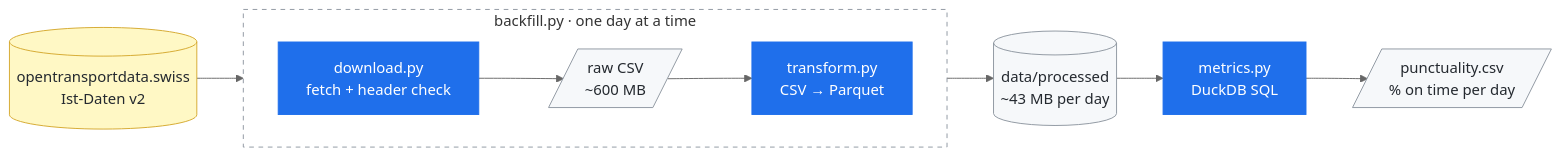
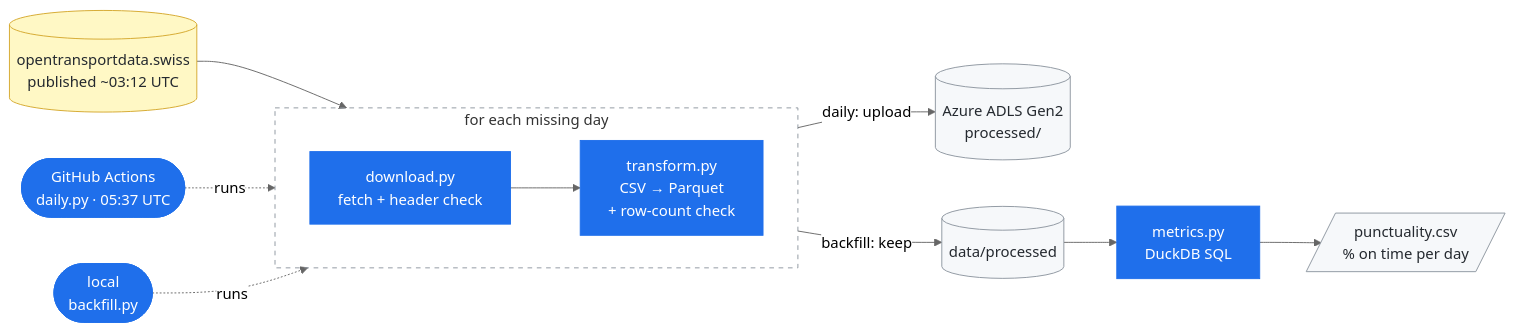
One commit to yutiime/swiss-rail-punctuality changed the diagram in README.md. Above: the diagram before and after it, drawn with Mermaid (neutral theme). The commit also changed other lines of this file, not shown here.

Commit message:
docs: describe the daily collection in the README

````diff
--- a/README.md
+++ b/README.md
@@ -40,27 +44,33 @@
 ```mermaid
 flowchart LR
-    src[("opentransportdata.swiss<br/>Ist-Daten v2")]
+    src[("opentransportdata.swiss<br/>published ~03:12 UTC")]
 
-    subgraph bf["backfill.py · one day at a time"]
+    subgraph day["for each missing day"]
         direction LR
         dl["download.py<br/>fetch + header check"]
-        raw[/"raw CSV<br/>~600 MB"/]
-        tr["transform.py<br/>CSV → Parquet"]
-        dl --> raw --> tr
+        tr["transform.py<br/>CSV → Parquet<br/>+ row-count check"]
+        dl --> tr
     end
 
-    pq[("data/processed<br/>~43 MB per day")]
+    gh(["GitHub Actions<br/>daily.py · 05:37 UTC"])
+    me(["local<br/>backfill.py"])
+    az[("Azure ADLS Gen2<br/>processed/")]
+    pq[("data/processed")]
     m["metrics.py<br/>DuckDB SQL"]
     out[/"punctuality.csv<br/>% on time per day"/]
 
     src --> dl
-    tr --> pq --> m --> out
+    gh -. runs .-> day
+    me -. runs .-> day
+    tr -- "daily: upload" --> az
+    tr -- "backfill: keep" --> pq
+    pq --> m --> out
 
     classDef script fill:#1f6feb,stroke:#1f6feb,color:#ffffff
     classDef data fill:#f6f8fa,stroke:#8c959f,color:#24292f
     classDef ext fill:#fff8c5,stroke:#d4a72c,color:#24292f
-    class dl,tr,m script
-    class raw,pq,out data
+    class dl,tr,m,gh,me script
+    class pq,out,az data
     class src ext
-    style bf fill:none,stroke:#8c959f,stroke-dasharray:5 5
+    style day fill:none,stroke:#8c959f,stroke-dasharray:5 5
 ```
````
